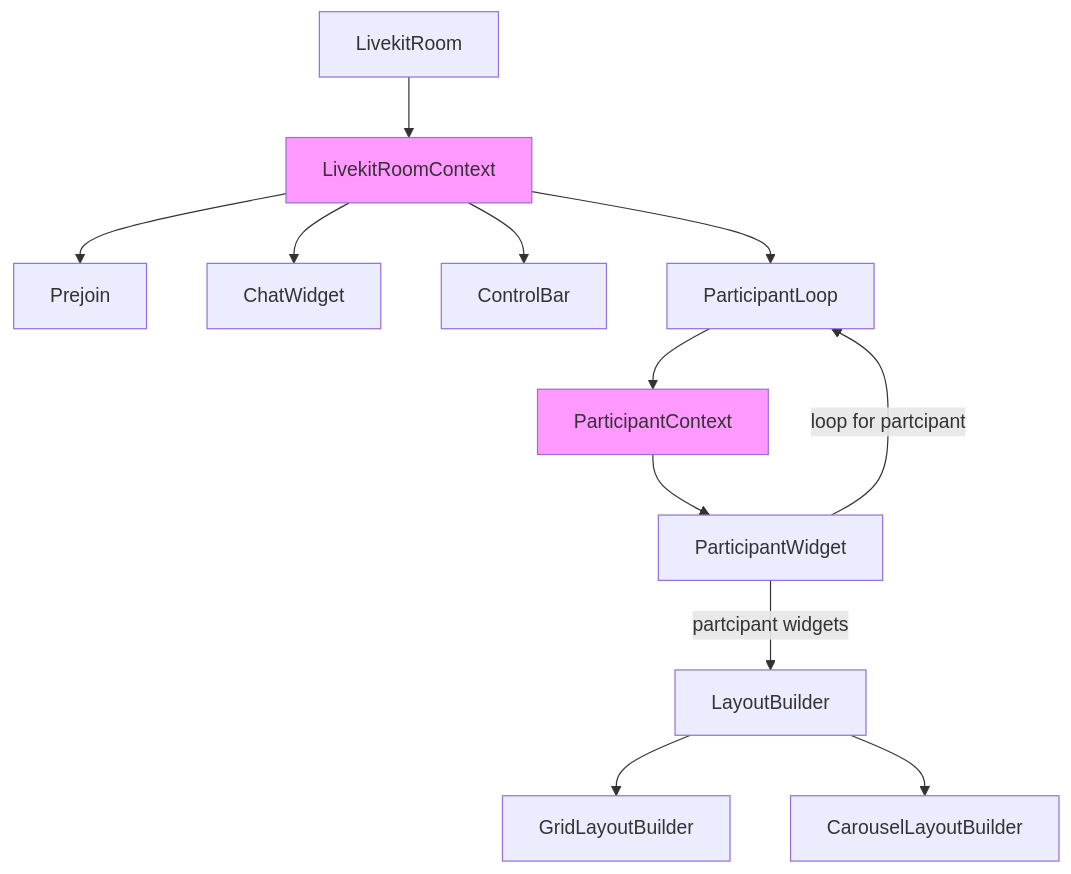
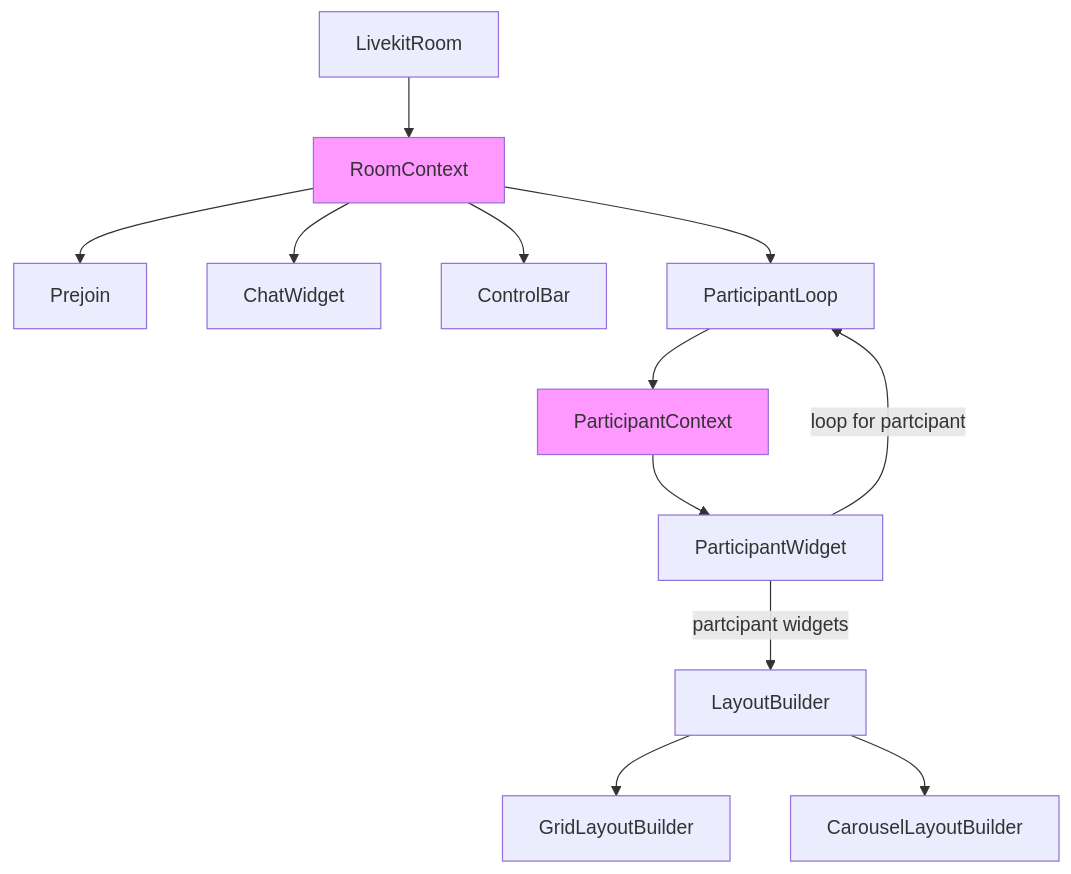
Before and after one commit to vineeth-vk11/components-flutter: the first of 4 diagrams in docs/flowchart.md, drawn with Mermaid. The commit also changed other lines of this file, not shown here.

````diff
--- a/docs/flowchart.md
+++ b/docs/flowchart.md
@@ -5,16 +5,16 @@
 ```mermaid
 flowchart TD
-    A[LivekitRoom] --> B[LivekitRoomContext]
+    A[LivekitRoom] --> B[RoomContext]
     style B fill:#f9f
     B --> D0[Prejoin]
     B --> D1[ChatWidget]
     B --> D2[ControlBar]
     B --> C1[ParticipantLoop]
     C1 --> C2[ParticipantContext]
     style C2 fill:#f9f
     C2 --> H[ParticipantWidget]
     H --> |loop for partcipant| C1
     H --> |partcipant widgets| I[LayoutBuilder]
     I --> J[GridLayoutBuilder]
     I --> K[CarouselLayoutBuilder]
 ```
````
